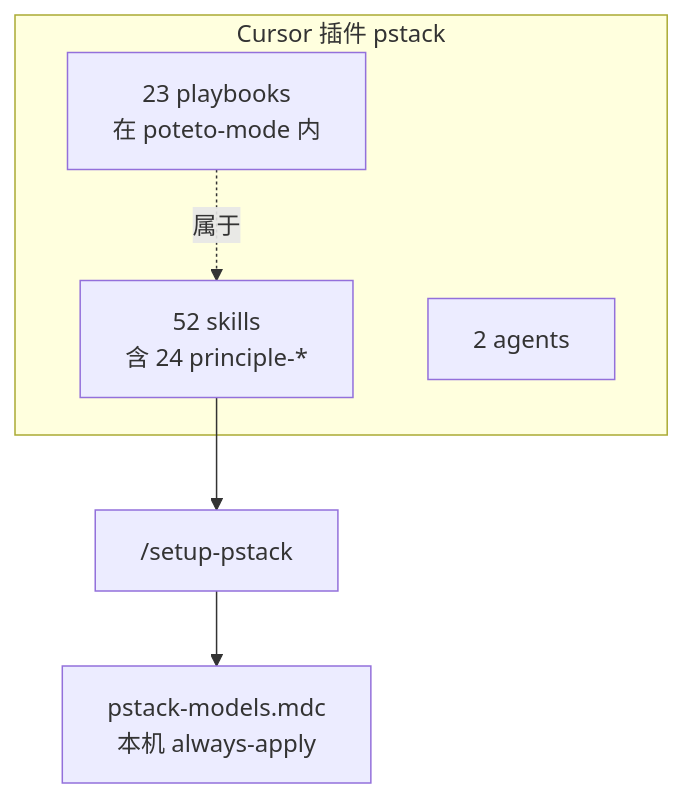
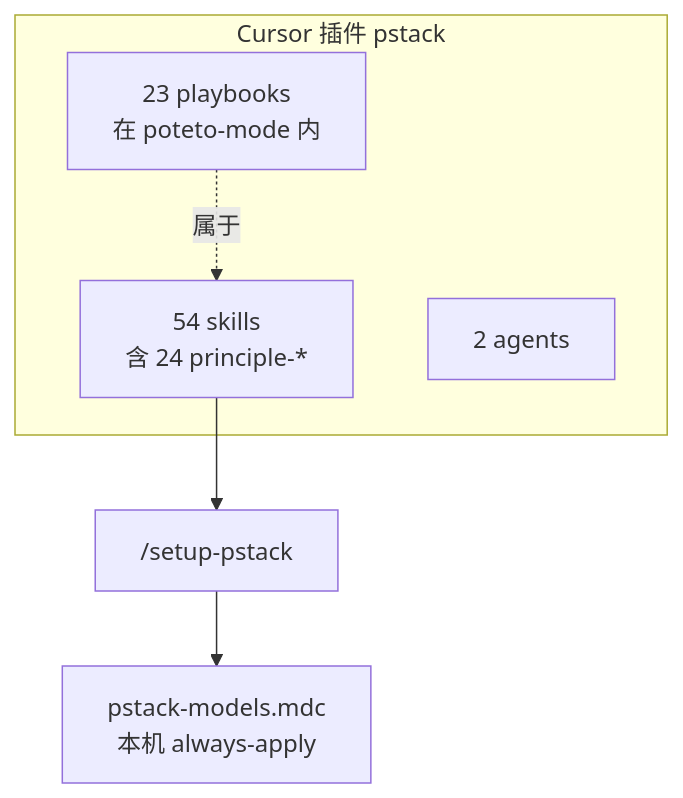
The first of 3 diagrams in tutorials/anatomy.md (fenfenxu/pstack-zh), drawn with Mermaid before and after one commit. The commit also changed other lines of this file and 66 other files, not shown here.

````diff
--- a/tutorials/anatomy.md
+++ b/tutorials/anatomy.md
@@ -28,11 +28,11 @@
 ```mermaid
 flowchart TB
   subgraph plugin["Cursor 插件 pstack"]
-    S["52 skills<br/>含 24 principle-*"]
+    S["54 skills<br/>含 24 principle-*"]
     A["2 agents"]
     PB["23 playbooks<br/>在 poteto-mode 内"]
   end
   SETUP["/setup-pstack"] --> R["pstack-models.mdc<br/>本机 always-apply"]
   S --> SETUP
   PB -.->|"属于"| S
 ```
````
